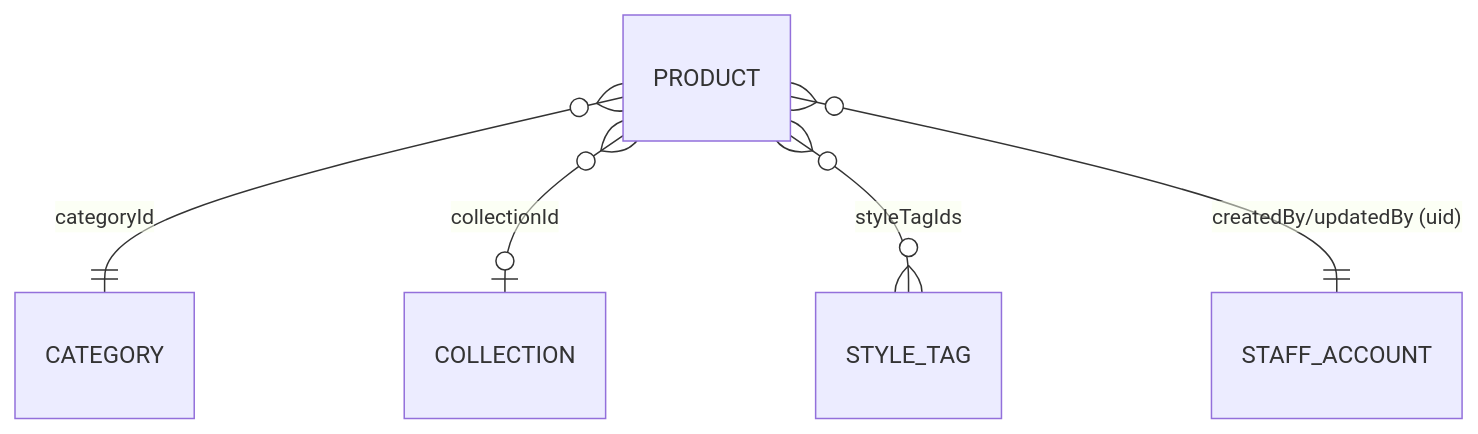
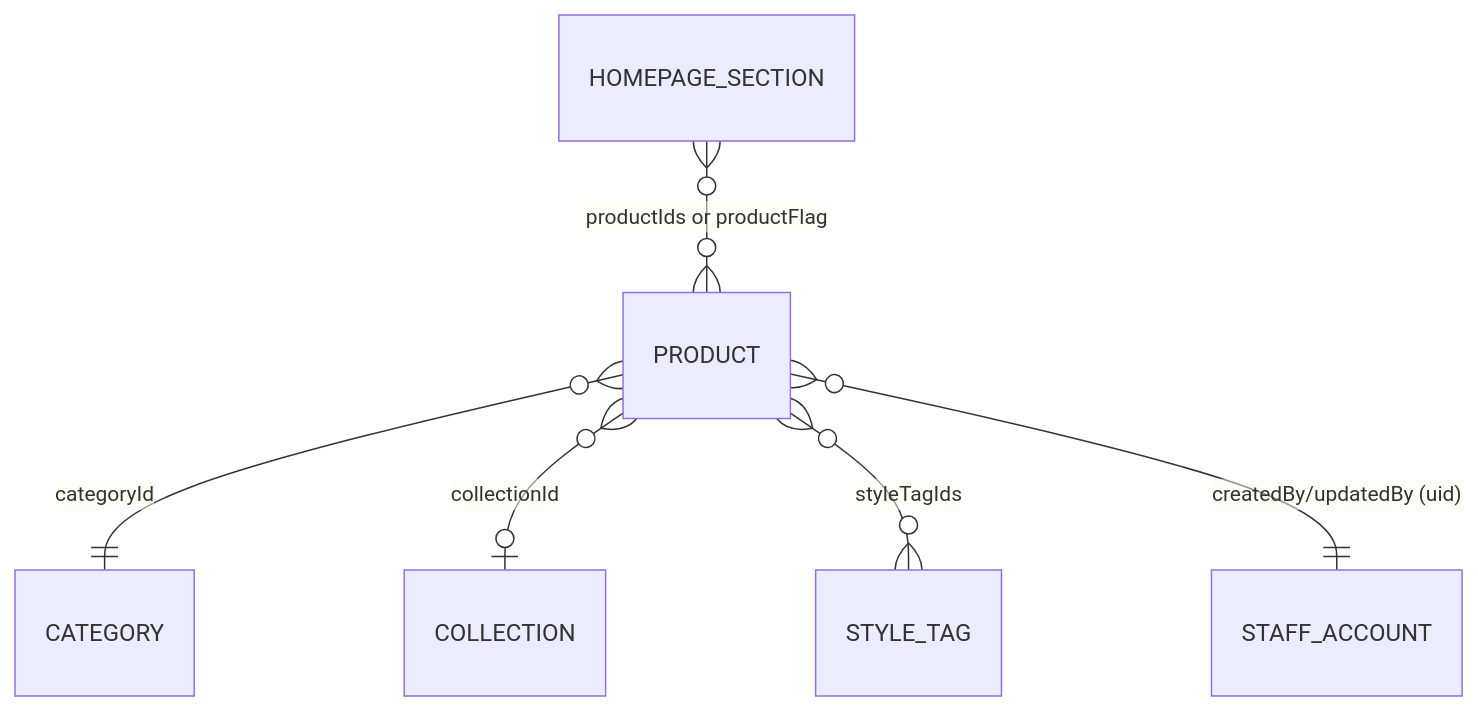
The diagram in specs/001-amore-jewelry-catalogue/data-model.md (Raj-exe-10/Jewel), drawn with Mermaid before and after one commit. The commit also changed other lines of this file and 61 other files, not shown here.

````diff
--- a/specs/001-amore-jewelry-catalogue/data-model.md
+++ b/specs/001-amore-jewelry-catalogue/data-model.md
@@ -95,7 +122,8 @@
 ```mermaid
 erDiagram
     PRODUCT }o--|| CATEGORY : "categoryId"
     PRODUCT }o--o| COLLECTION : "collectionId"
     PRODUCT }o--o{ STYLE_TAG : "styleTagIds"
     PRODUCT }o--|| STAFF_ACCOUNT : "createdBy/updatedBy (uid)"
+    HOMEPAGE_SECTION }o--o{ PRODUCT : "productIds or productFlag"
 ```
````
